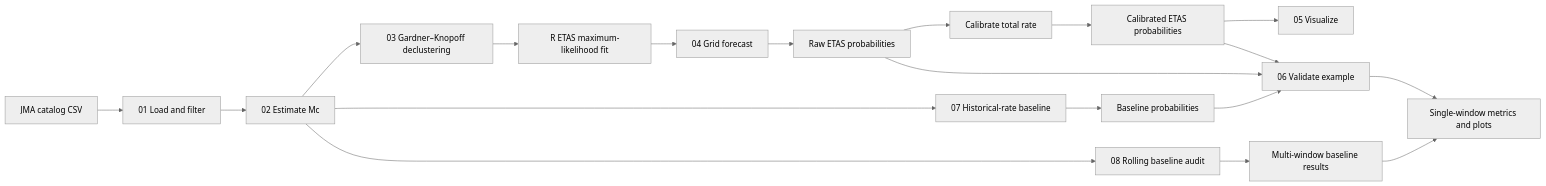
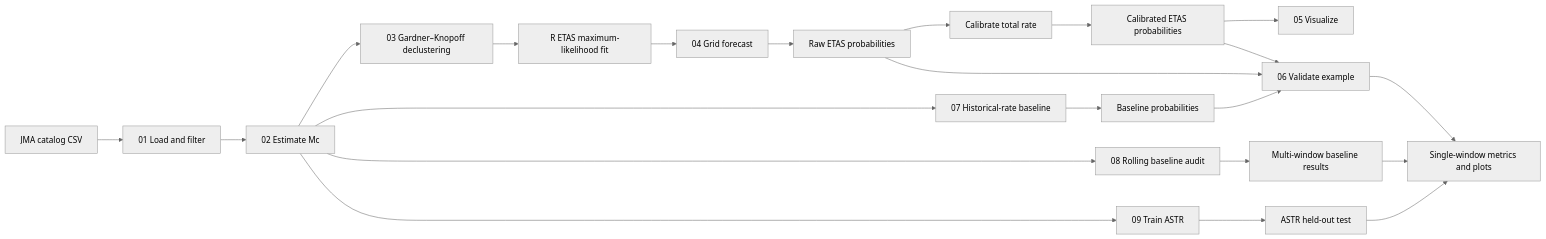
The diagram in README.md (bala2006/jma-etas-benchmark), drawn with Mermaid (neutral theme) before and after one commit. The commit also changed other lines of this file and 15 other files, not shown here.

````diff
--- a/README.md
+++ b/README.md
@@ -55,21 +58,24 @@
 ```mermaid
 flowchart LR
     A[JMA catalog CSV] --> B[01 Load and filter]
     B --> C[02 Estimate Mc]
     C --> D[03 Gardner–Knopoff declustering]
     D --> E[R ETAS maximum-likelihood fit]
     E --> F[04 Grid forecast]
     F --> G[Raw ETAS probabilities]
     G --> H[Calibrate total rate]
     H --> I[Calibrated ETAS probabilities]
     C --> J[07 Historical-rate baseline]
     J --> K[Baseline probabilities]
     C --> R[08 Rolling baseline audit]
     R --> S[Multi-window baseline results]
+    C --> T[09 Train ASTR]
+    T --> U[ASTR held-out test]
     I --> L[05 Visualize]
     G --> M[06 Validate example]
     I --> M
     K --> M
     M --> N[Single-window metrics and plots]
     S --> N
+    U --> N
 ```
````
